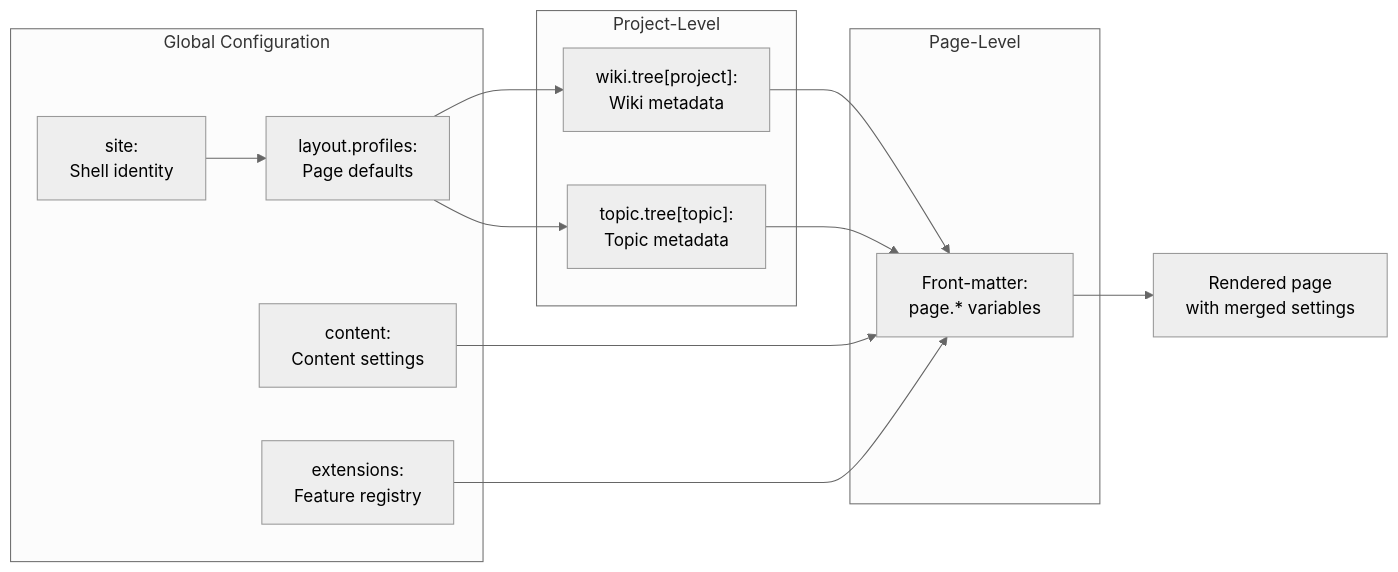
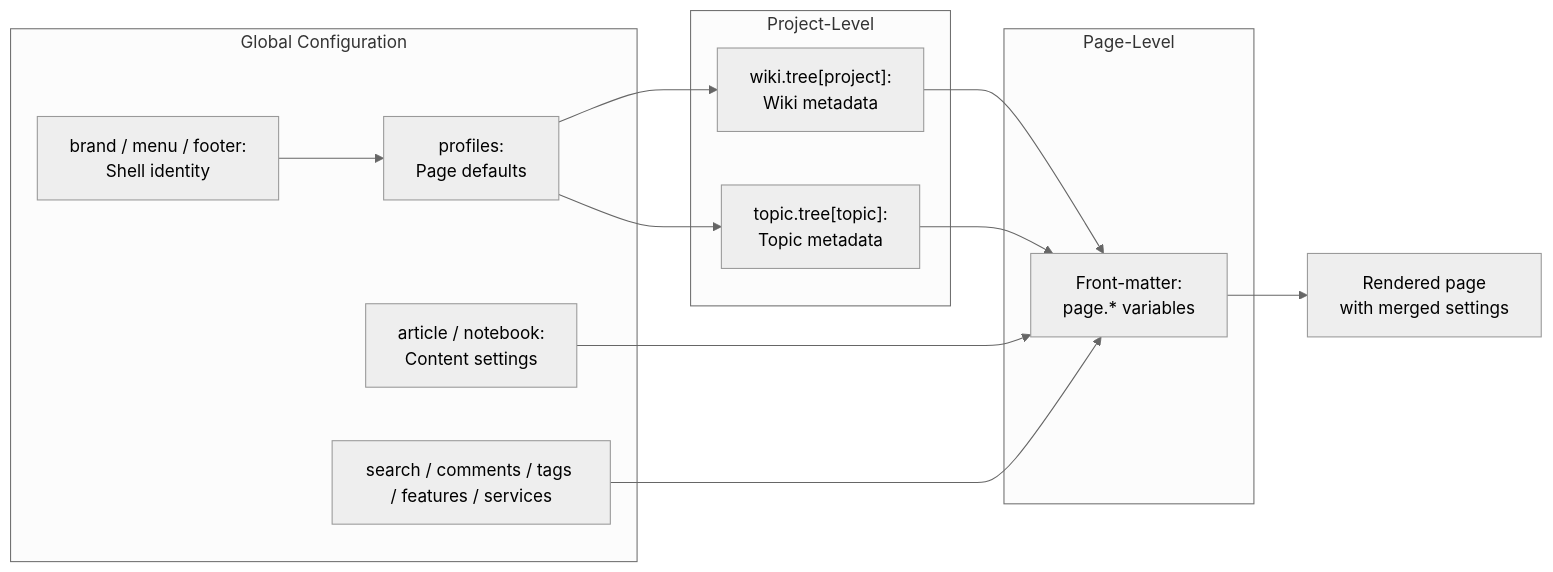
Before and after one commit to xaoxuu/hexo-theme-stellar: the second of 5 diagrams in docs/knowledge/00-总览与安装配置/overview.md, drawn with Mermaid (neutral theme). The commit also changed other lines of this file and 42 other files, not shown here.

````diff
--- a/docs/knowledge/00-总览与安装配置/overview.md
+++ b/docs/knowledge/00-总览与安装配置/overview.md
@@ -94,28 +94,28 @@
 ```mermaid
 graph LR
     subgraph Global["Global Configuration"]
-        SITE["site:<br/>Shell identity"]
-        PROFILES["layout.profiles:<br/>Page defaults"]
-        CONTENT["content:<br/>Content settings"]
-        EXTENSIONS["extensions:<br/>Feature registry"]
+        SITE["brand / menu / footer:<br/>Shell identity"]
+        PROFILES["profiles:<br/>Page defaults"]
+        CONTENT["article / notebook:<br/>Content settings"]
+        EXTENSIONS["search / comments / tags / features / services"]
     end
     
     subgraph Project["Project-Level"]
         WIKITREE["wiki.tree[project]:<br/>Wiki metadata"]
         TOPICTREE["topic.tree[topic]:<br/>Topic metadata"]
     end
     
     subgraph Page["Page-Level"]
         FRONTMATTER["Front-matter:<br/>page.* variables"]
     end
     
     SITE --> PROFILES
     PROFILES --> WIKITREE
     PROFILES --> TOPICTREE
     WIKITREE --> FRONTMATTER
     TOPICTREE --> FRONTMATTER
     CONTENT --> FRONTMATTER
     EXTENSIONS --> FRONTMATTER
     
     FRONTMATTER --> OUTPUT["Rendered page<br/>with merged settings"]
 ```
````
